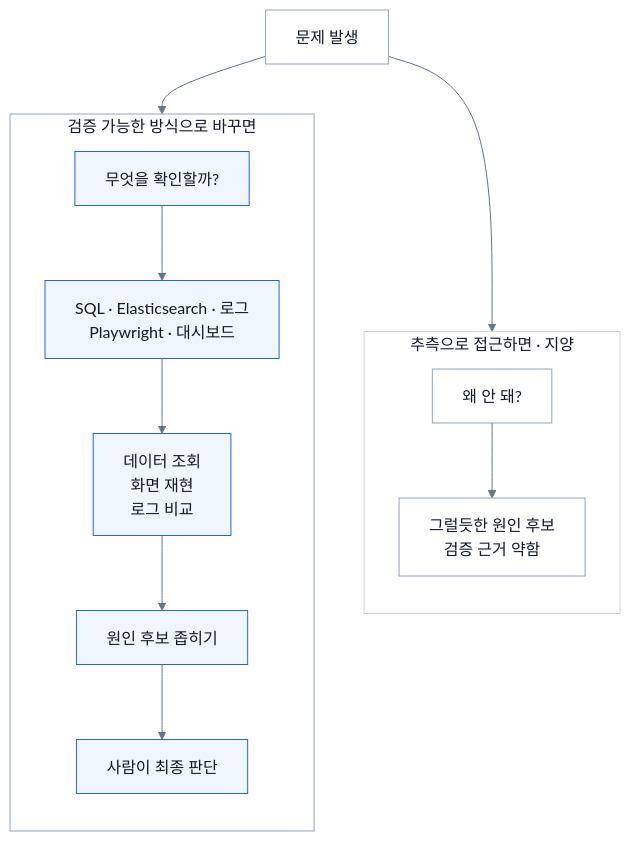
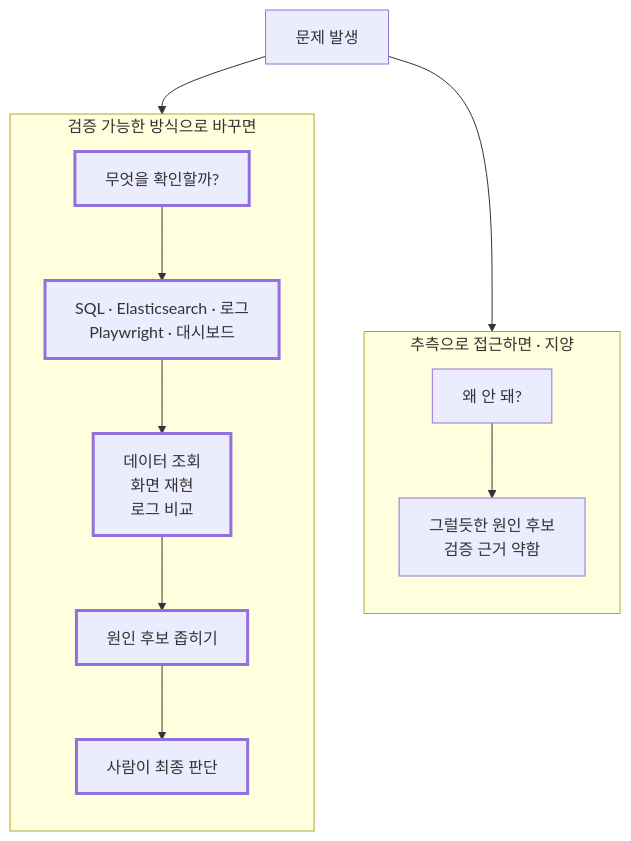
One commit to JeonJe/JeonJe.github.io changed the first of 3 diagrams in _posts/essay/2026-06-28-how-i-use-ai.md. Above: the diagram before and after it, drawn with Mermaid. The commit also changed other lines of this file and 2 other files, not shown here.

First line of the commit message:
style: mermaid 도식이 라이트·다크 테마를 따라가도록 고정색 제거

````diff
--- a/_posts/essay/2026-06-28-how-i-use-ai.md
+++ b/_posts/essay/2026-06-28-how-i-use-ai.md
@@ -58,27 +58,23 @@
 ```mermaid
-%%{init: {"theme": "base", "themeVariables": {"background": "#ffffff", "mainBkg": "#ffffff", "primaryColor": "#ffffff", "primaryBorderColor": "#94a3b8", "primaryTextColor": "#111827", "lineColor": "#64748b", "clusterBkg": "#ffffff", "clusterBorder": "#cbd5e1"}}}%%
 flowchart TB
     P["문제 발생"]
 
     subgraph Guess["추측으로 접근하면 · 지양"]
         direction TB
         Bad["왜 안 돼?"] --> BadOut["그럴듯한 원인 후보<br/>검증 근거 약함"]
     end
 
     subgraph Verify["검증 가능한 방식으로 바꾸면"]
         direction TB
         Good["무엇을 확인할까?"] --> Tools["SQL · Elasticsearch · 로그<br/>Playwright · 대시보드"]
         Tools --> Evidence["데이터 조회<br/>화면 재현<br/>로그 비교"]
         Evidence --> Candidate["원인 후보 좁히기"]
         Candidate --> Decision["사람이 최종 판단"]
     end
 
     P --> Bad
     P --> Good
 
-    classDef default fill:#ffffff,stroke:#94a3b8,color:#111827;
-    classDef focus fill:#eff6ff,stroke:#2563eb,color:#111827;
+    classDef focus stroke-width:3px;
     class Good,Tools,Evidence,Candidate,Decision focus;
-    style Guess fill:#ffffff,stroke:#cbd5e1,color:#111827
-    style Verify fill:#ffffff,stroke:#94a3b8,color:#111827
 ```
````
